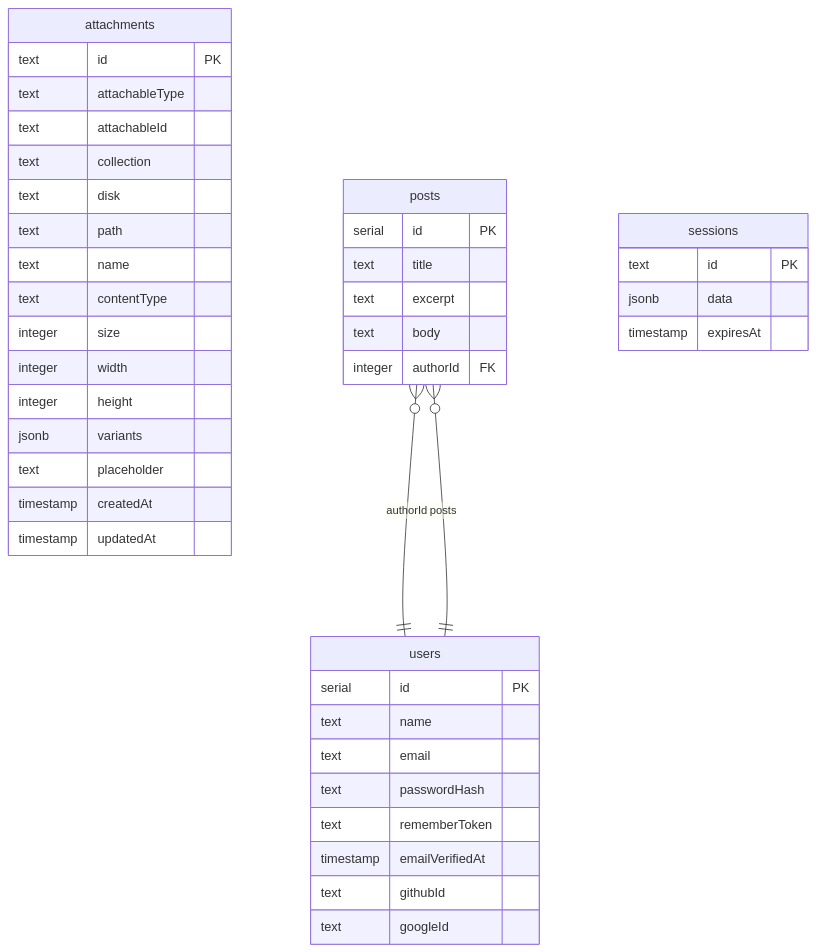
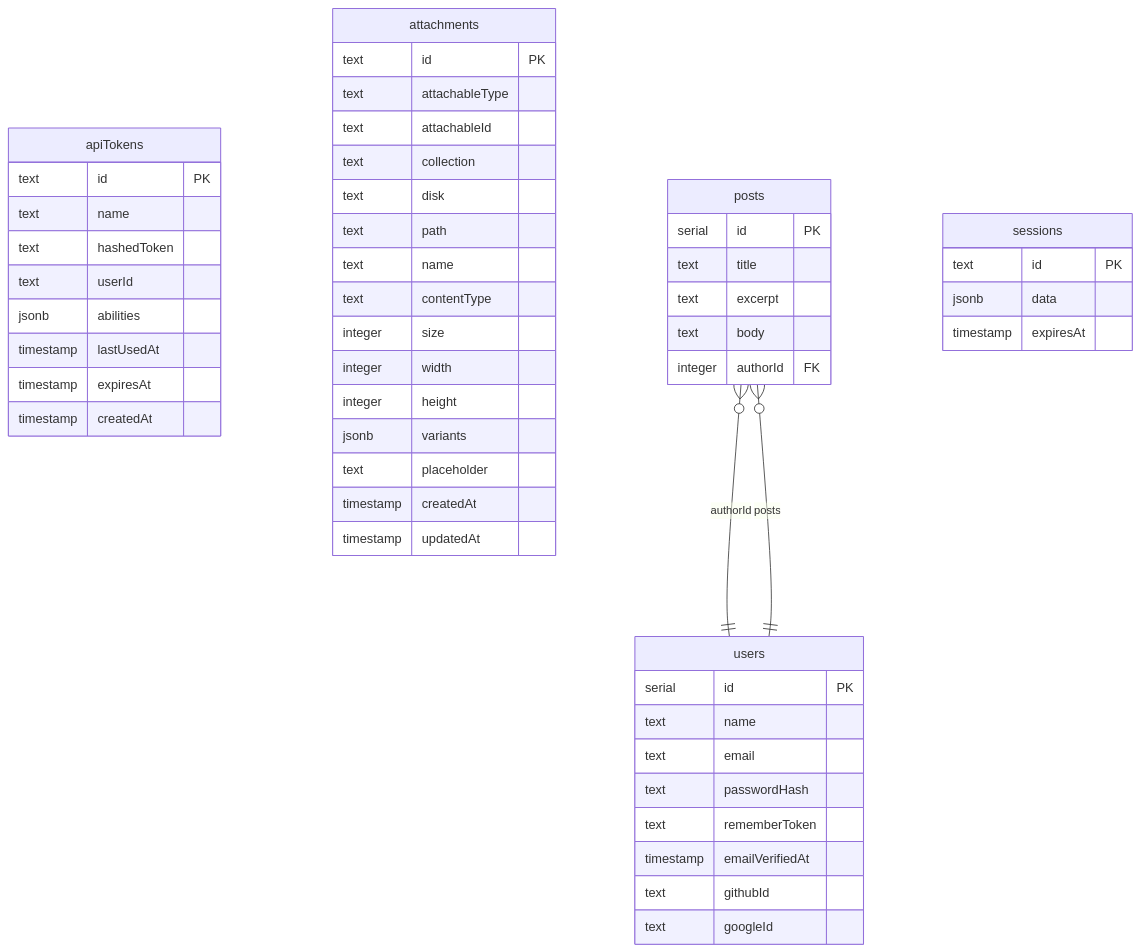
Before and after one commit to gurenjs/guren: the diagram in examples/blog/docs/spec/er.md, drawn with Mermaid. The commit also changed other lines of this file and 11 other files, not shown here.

````diff
--- a/examples/blog/docs/spec/er.md
+++ b/examples/blog/docs/spec/er.md
@@ -16,44 +16,54 @@
 ```mermaid
 erDiagram
+  apiTokens {
+    text id PK
+    text name
+    text hashedToken
+    text userId
+    jsonb abilities
+    timestamp lastUsedAt
+    timestamp expiresAt
+    timestamp createdAt
+  }
   attachments {
     text id PK
     text attachableType
     text attachableId
     text collection
     text disk
     text path
     text name
     text contentType
     integer size
     integer width
     integer height
     jsonb variants
     text placeholder
     timestamp createdAt
     timestamp updatedAt
   }
   posts {
     serial id PK
     text title
     text excerpt
     text body
     integer authorId FK
   }
   sessions {
     text id PK
     jsonb data
     timestamp expiresAt
   }
   users {
     serial id PK
     text name
     text email
     text passwordHash
     text rememberToken
     timestamp emailVerifiedAt
     text githubId
     text googleId
   }
   posts }o--|| users : authorId
   users ||--o{ posts : posts
 ```
````
